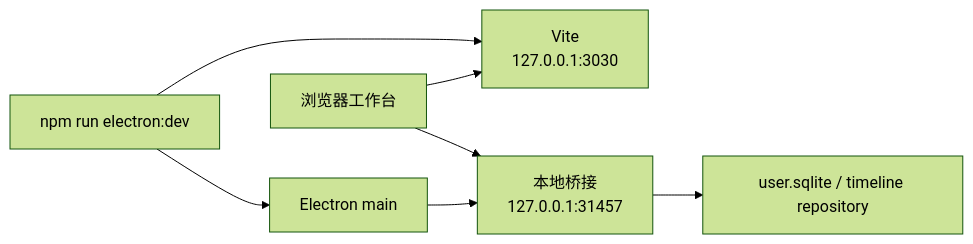
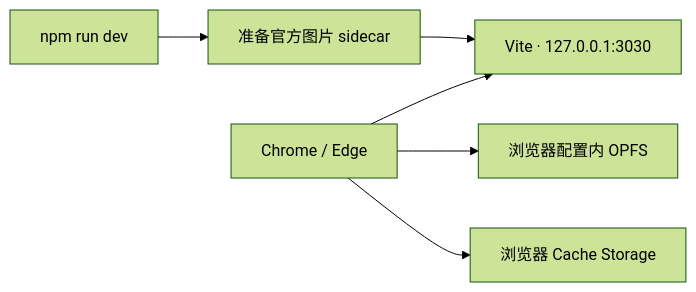
Before and after one commit to Pandluto/dmg-end-field: the diagram in docs/architecture/runtime-topology.md, drawn with Mermaid (forest theme). The commit also changed other lines of this file and 88 other files, not shown here.

````diff
--- a/docs/architecture/runtime-topology.md
+++ b/docs/architecture/runtime-topology.md
@@ -5,9 +5,8 @@
 ```mermaid
 flowchart LR
-  Command["npm run electron:dev"] --> Vite["Vite\n127.0.0.1:3030"]
-  Command --> Electron["Electron main"]
-  Electron --> Bridge["本地桥接\n127.0.0.1:31457"]
-  Browser["浏览器工作台"] --> Vite
-  Browser --> Bridge
-  Bridge --> SQLite["user.sqlite / timeline repository"]
+  Command["npm run dev"] --> Prepare["准备官方图片 sidecar"]
+  Prepare --> Vite["Vite · 127.0.0.1:3030"]
+  Browser["Chrome / Edge"] --> Vite
+  Browser --> OPFS["浏览器配置内 OPFS"]
+  Browser --> Cache["浏览器 Cache Storage"]
 ```
````
